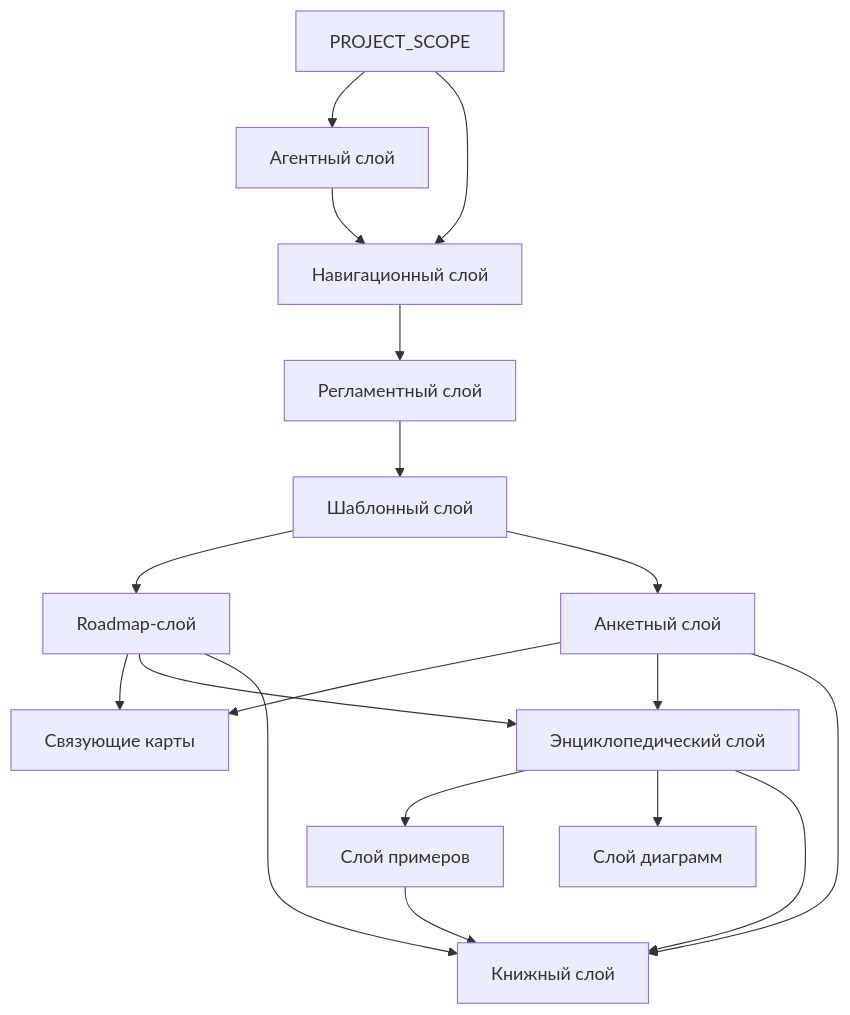
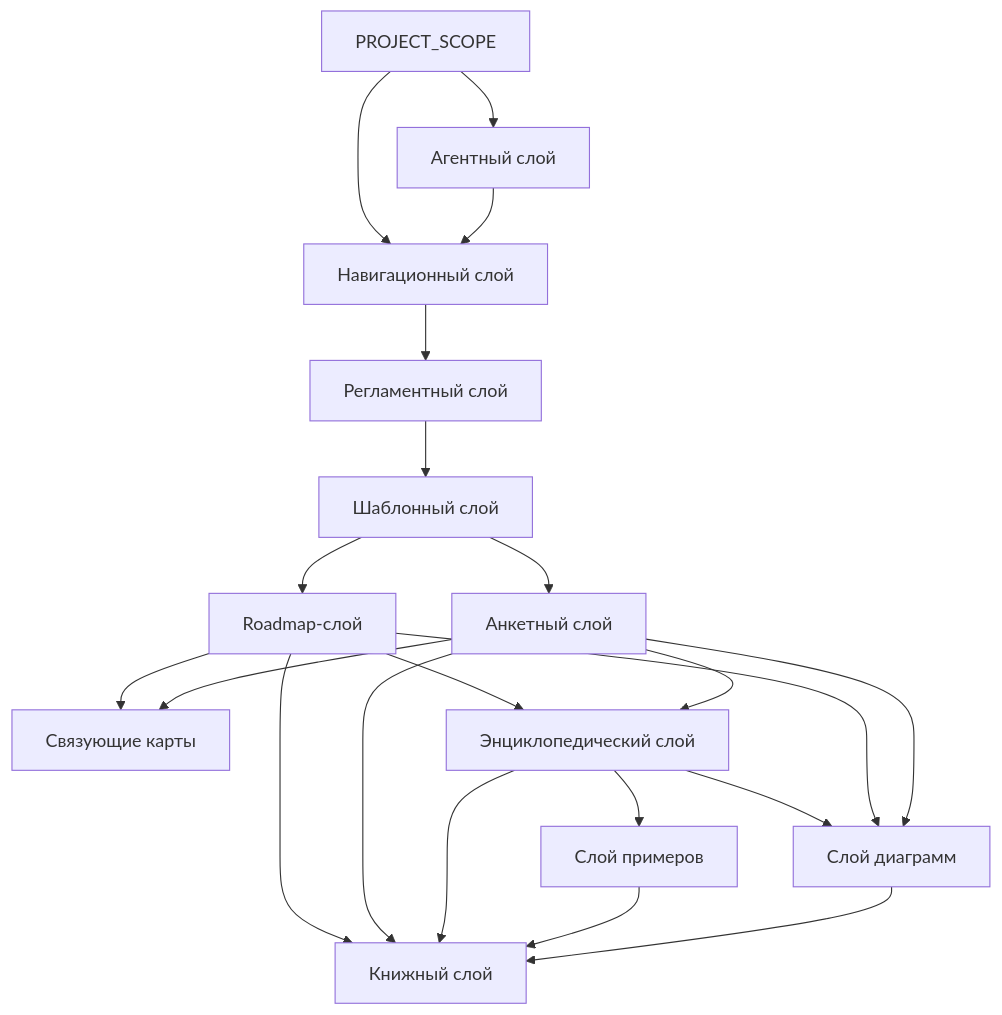
The first of 2 diagrams in docs/00_maps/Knowledge_Layer_Map.md (Mvil34998/Programming-Digital-Systems), drawn with Mermaid before and after one commit. The commit also changed other lines of this file, not shown here.

Commit message:
Update knowledge layer map with roadmap diagram files

````diff
--- a/docs/00_maps/Knowledge_Layer_Map.md
+++ b/docs/00_maps/Knowledge_Layer_Map.md
@@ -21,20 +21,23 @@
 ```mermaid
 flowchart TD
     A[PROJECT_SCOPE] --> B[Агентный слой]
     A --> C[Навигационный слой]
     B --> C
     C --> D[Регламентный слой]
     D --> E[Шаблонный слой]
     E --> F[Roadmap-слой]
     E --> G[Анкетный слой]
     F --> H[Связующие карты]
     G --> H
     F --> I[Энциклопедический слой]
     G --> I
     I --> J[Слой примеров]
     I --> K[Слой диаграмм]
+    F --> K
+    G --> K
     F --> L[Книжный слой]
     G --> L
     I --> L
     J --> L
+    K --> L
 ```
````
